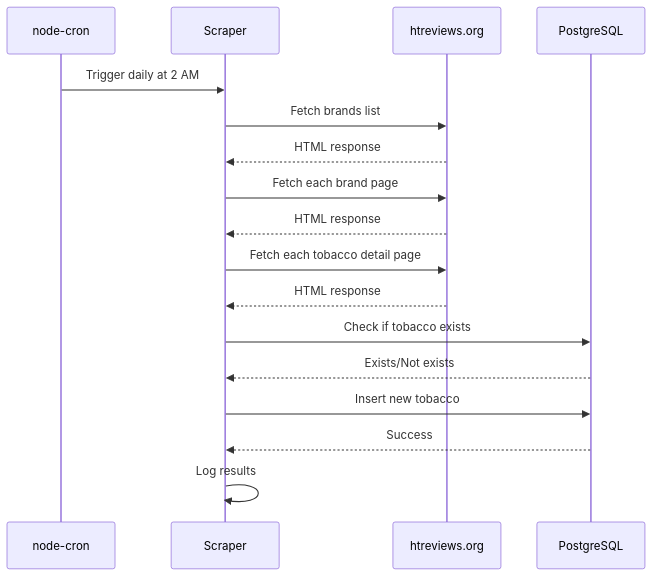
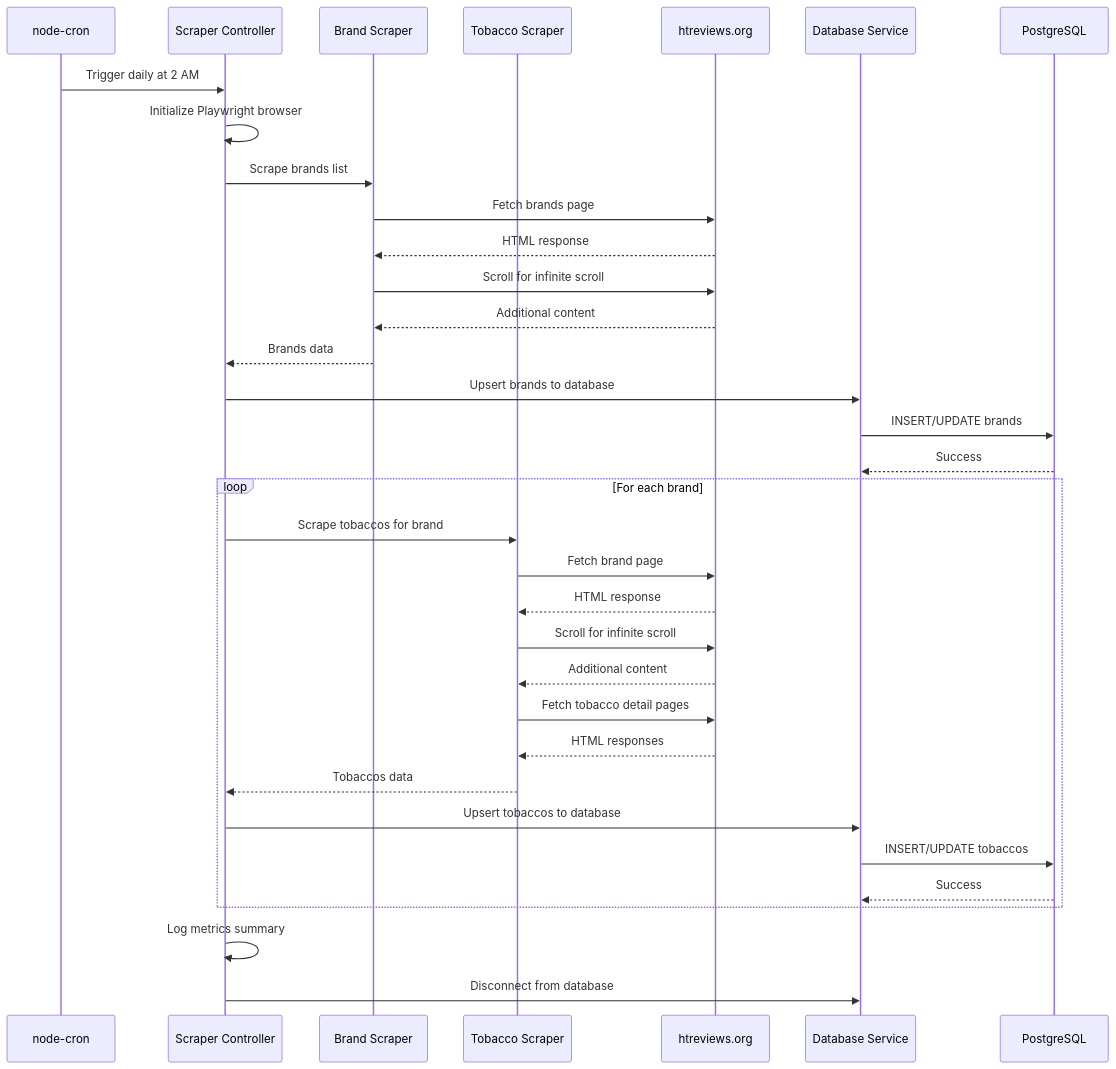
The fifth of 10 diagrams in plans/02-system-architecture.md (Zenderg/hookah-wishlist), drawn with Mermaid before and after one commit. The commit also changed other lines of this file and 6 other files, not shown here.

````diff
--- a/plans/02-system-architecture.md
+++ b/plans/02-system-architecture.md
@@ -289,20 +385,37 @@
 ```mermaid
 sequenceDiagram
     participant CR as node-cron
-    participant SC as Scraper
+    participant SC as Scraper Controller
+    participant BS as Brand Scraper
+    participant TS as Tobacco Scraper
     participant WEB as htreviews.org
-    participant DB as PostgreSQL
+    participant DB as Database Service
+    participant DBMS as PostgreSQL
     
     CR->>SC: Trigger daily at 2 AM
-    SC->>WEB: Fetch brands list
-    WEB-->>SC: HTML response
-    SC->>WEB: Fetch each brand page
-    WEB-->>SC: HTML response
-    SC->>WEB: Fetch each tobacco detail page
-    WEB-->>SC: HTML response
-    SC->>DB: Check if tobacco exists
-    DB-->>SC: Exists/Not exists
-    SC->>DB: Insert new tobacco
-    DB-->>SC: Success
-    SC->>SC: Log results
+    SC->>SC: Initialize Playwright browser
+    SC->>BS: Scrape brands list
+    BS->>WEB: Fetch brands page
+    WEB-->>BS: HTML response
+    BS->>WEB: Scroll for infinite scroll
+    WEB-->>BS: Additional content
+    BS-->>SC: Brands data
+    SC->>DB: Upsert brands to database
+    DB->>DBMS: INSERT/UPDATE brands
+    DBMS-->>DB: Success
+    loop For each brand
+        SC->>TS: Scrape tobaccos for brand
+        TS->>WEB: Fetch brand page
+        WEB-->>TS: HTML response
+        TS->>WEB: Scroll for infinite scroll
+        WEB-->>TS: Additional content
+        TS->>WEB: Fetch tobacco detail pages
+        WEB-->>TS: HTML responses
+        TS-->>SC: Tobaccos data
+        SC->>DB: Upsert tobaccos to database
+        DB->>DBMS: INSERT/UPDATE tobaccos
+        DBMS-->>DB: Success
+    end
+    SC->>SC: Log metrics summary
+    SC->>DB: Disconnect from database
 ```
````
